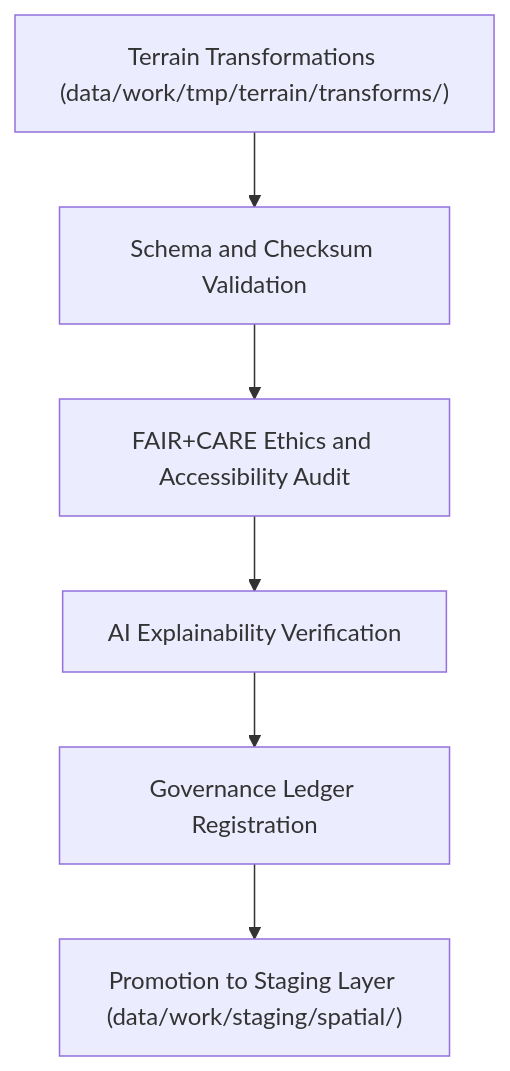
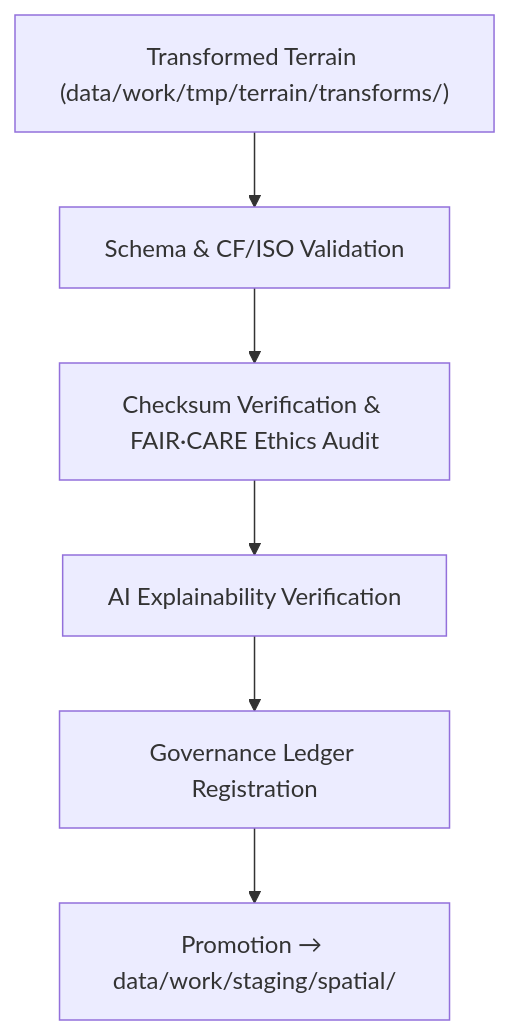
One commit to bartytime4life/Kansas-Frontier-Matrix changed the diagram in data/work/tmp/terrain/validation/README.md. Above: the diagram before and after it, drawn with Mermaid. The commit also changed other lines of this file, not shown here.

````diff
--- a/data/work/tmp/terrain/validation/README.md
+++ b/data/work/tmp/terrain/validation/README.md
@@ -65,8 +66,8 @@
 ```mermaid
 flowchart TD
-    A["Terrain Transformations (data/work/tmp/terrain/transforms/)"] --> B["Schema and Checksum Validation"]
-    B --> C["FAIR+CARE Ethics and Accessibility Audit"]
+    A["Transformed Terrain (data/work/tmp/terrain/transforms/)"] --> B["Schema & CF/ISO Validation"]
+    B --> C["Checksum Verification & FAIR·CARE Ethics Audit"]
     C --> D["AI Explainability Verification"]
     D --> E["Governance Ledger Registration"]
-    E --> F["Promotion to Staging Layer (data/work/staging/spatial/)"]
+    E --> F["Promotion → data/work/staging/spatial/"]
 ```
````
